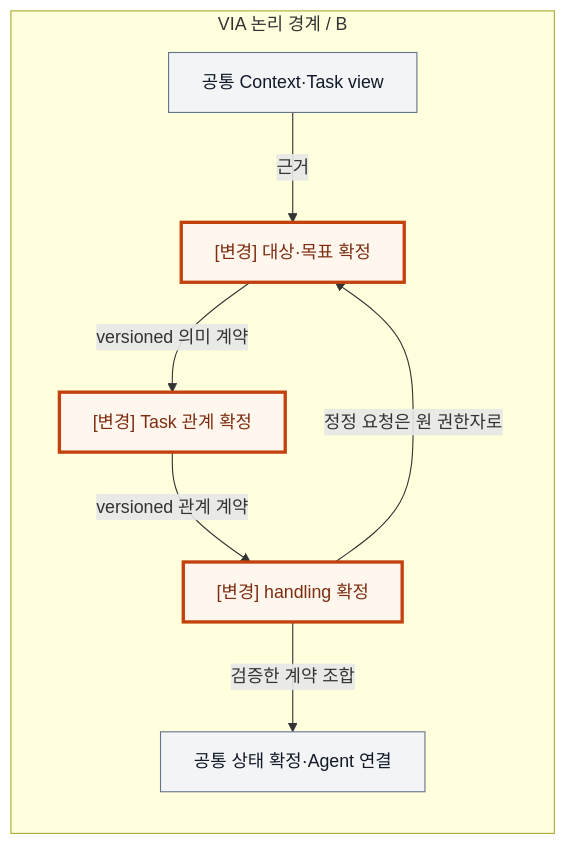
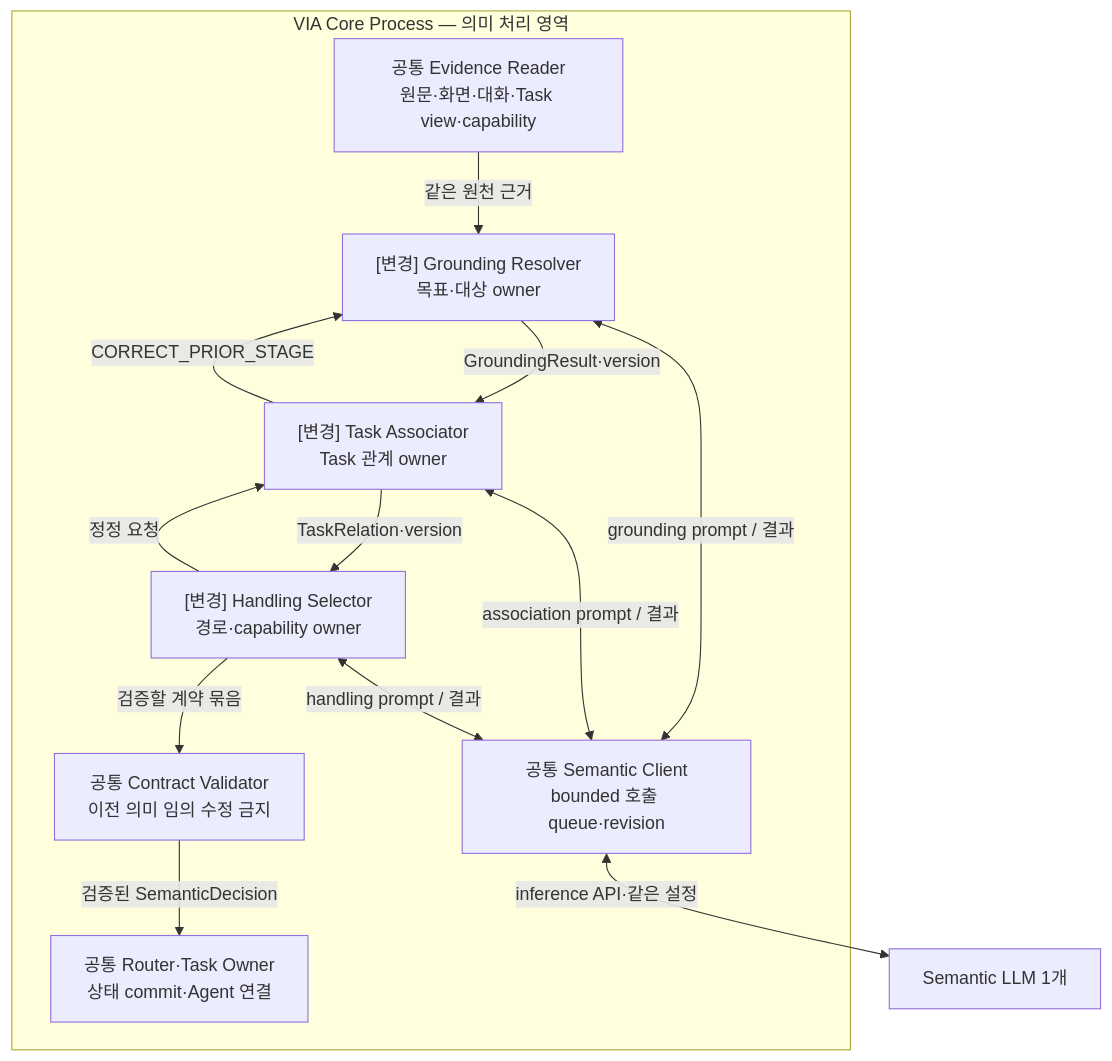
The third of 4 diagrams in docs/architecture/12-decisions/via-dp-06-semantic-authority.md (cbyche/via-sw-architecture), drawn with Mermaid before and after one commit. The commit also changed other lines of this file and 59 other files, not shown here.

Commit message:
docs: consolidate comprehensive VIA decision inventory and implementation diagrams

````diff
--- a/docs/architecture/12-decisions/via-dp-06-semantic-authority.md
+++ b/docs/architecture/12-decisions/via-dp-06-semantic-authority.md
@@ -68,16 +80,16 @@
 ```mermaid
 flowchart TB
- subgraph V["VIA 논리 경계 / B"]
- direction TB
- X["공통 Context·Task view"] -->|근거| G["[변경] 대상·목표 확정"]
- G -->|versioned 의미 계약| T["[변경] Task 관계 확정"]
- T -->|versioned 관계 계약| H["[변경] handling 확정"]
- H -->|정정 요청은 원 권한자로| G
- H -->|검증한 계약 조합| O["공통 상태 확정·Agent 연결"]
+ subgraph V["VIA Core Process — 의미 처리 영역"]
+ E["공통 Evidence Reader<br/>원문·화면·대화·Task view·capability"] -->|"같은 원천 근거"| G["[변경] Grounding Resolver<br/>목표·대상 owner"]
+ G -->|"GroundingResult·version"| T["[변경] Task Associator<br/>Task 관계 owner"]
+ T -->|"TaskRelation·version"| H["[변경] Handling Selector<br/>경로·capability owner"]
+ T -->|"CORRECT_PRIOR_STAGE"| G
+ H -->|"정정 요청"| T
+ G <-->|"grounding prompt / 결과"| Q["공통 Semantic Client<br/>bounded 호출 queue·revision"]
+ T <-->|"association prompt / 결과"| Q
+ H <-->|"handling prompt / 결과"| Q
+ H -->|"검증할 계약 묶음"| K["공통 Contract Validator<br/>이전 의미 임의 수정 금지"]
+ K -->|"검증된 SemanticDecision"| O["공통 Router·Task Owner<br/>상태 commit·Agent 연결"]
  end
-
-classDef common fill:#F3F4F6,stroke:#64748B,color:#111827;
-classDef change fill:#FFF7ED,stroke:#C2410C,stroke-width:3px,color:#7C2D12;
-class X,O common;
-class G,T,H change;
+ Q <-->|"inference API·같은 설정"| M["Semantic LLM 1개"]
 ```
````
